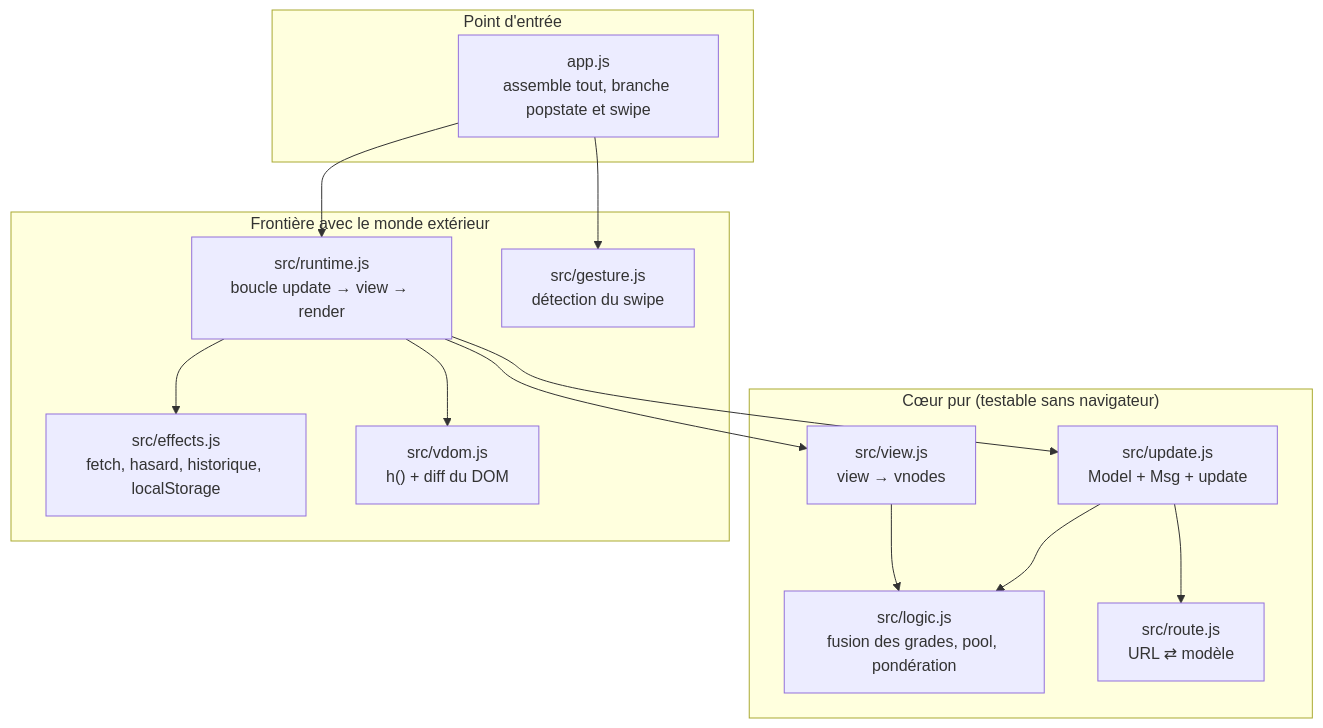
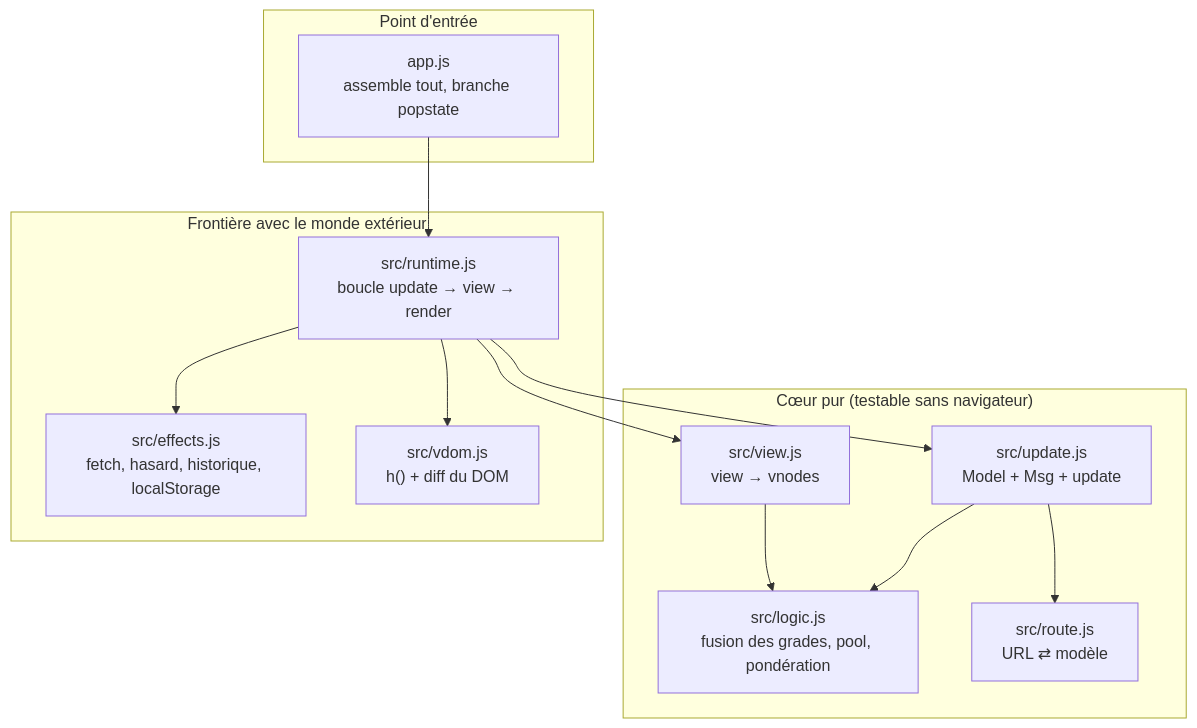
One commit to devsigner/aikido-trainer changed the second of 6 diagrams in README.md. Above: the diagram before and after it, drawn with Mermaid. The commit also changed other lines of this file and 7 other files, not shown here.

````diff
--- a/README.md
+++ b/README.md
@@ -123,27 +122,25 @@
 ```mermaid
 flowchart TB
     subgraph entry["Point d'entrée"]
-        APP["app.js<br/>assemble tout, branche popstate et swipe"]
+        APP["app.js<br/>assemble tout, branche popstate"]
     end
     subgraph pure["Cœur pur (testable sans navigateur)"]
         UPD["src/update.js<br/>Model + Msg + update"]
         VIEW["src/view.js<br/>view → vnodes"]
         LOG["src/logic.js<br/>fusion des grades, pool, pondération"]
         ROUTE["src/route.js<br/>URL ⇄ modèle"]
     end
     subgraph impure["Frontière avec le monde extérieur"]
         RUN["src/runtime.js<br/>boucle update → view → render"]
         EFF["src/effects.js<br/>fetch, hasard, historique, localStorage"]
         VDOM["src/vdom.js<br/>h() + diff du DOM"]
-        GES["src/gesture.js<br/>détection du swipe"]
     end
     APP --> RUN
     RUN --> UPD
     RUN --> VIEW
     RUN --> EFF
     RUN --> VDOM
     UPD --> LOG
     UPD --> ROUTE
     VIEW --> LOG
-    APP --> GES
 ```
````
